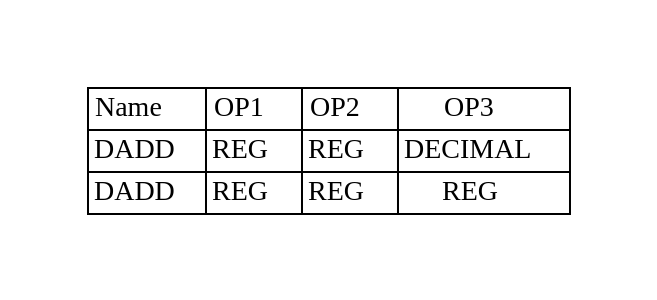
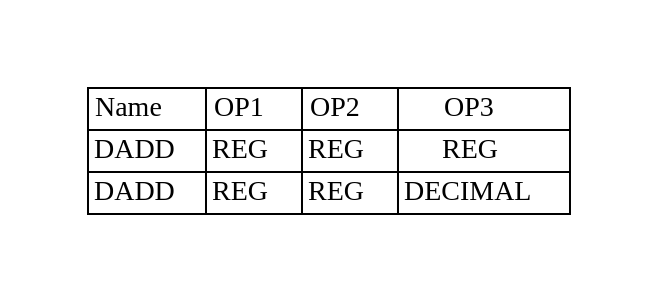
The diagram in docs/books/crexx_vm_spec/svg/dadd.gv (adesutherland/CREXX), drawn with Graphviz before and after one commit. The commit also changed other lines of this file and 60 other files, not shown here.

```diff
--- a/docs/books/crexx_vm_spec/svg/dadd.gv
+++ b/docs/books/crexx_vm_spec/svg/dadd.gv
@@ -1,10 +1,10 @@
 digraph{
 graph [pad="0.5", nodesep="0.5", ranksep="2" ]
 node [shape=plain]
 Foo [label=<
 <table border="0" cellborder="1" cellspacing="0">
 <tr><td> Name </td> <td> OP1 </td><td> OP2 </td><td> OP3 </td> </tr>
+<tr><td> DADD </td><td> REG </td><td> REG </td><td> REG </td> </tr>
 <tr><td> DADD </td><td> REG </td><td> REG </td><td> DECIMAL </td> </tr>
-<tr><td> DADD </td><td> REG </td><td> REG </td><td> REG </td> </tr>
 </table>>];
 }
```
